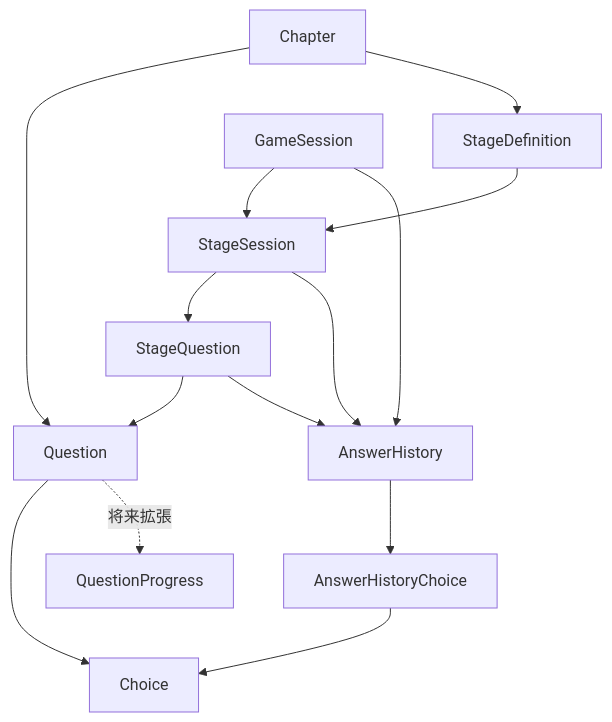
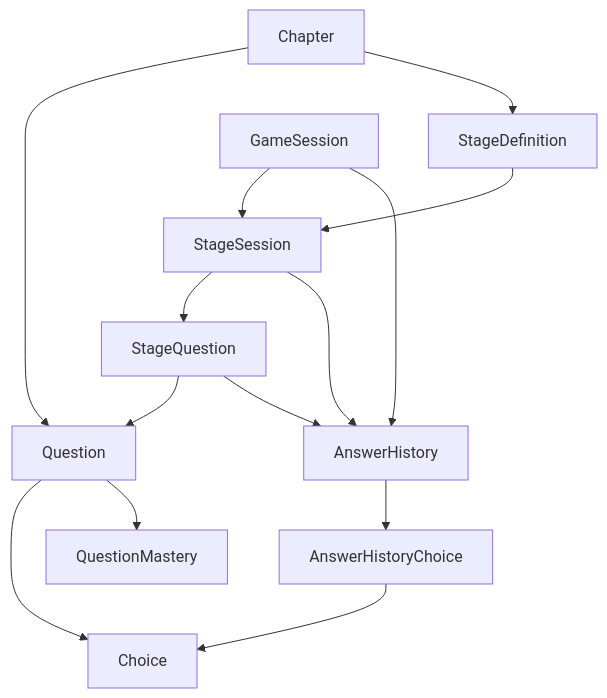
Before and after one commit to suu-dev-0203/graduation_JAVAgame: diagram 12 of 29 in README.md, drawn with Mermaid. The commit also changed other lines of this file and 25 other files, not shown here.

````diff
--- a/README.md
+++ b/README.md
@@ -661,19 +661,19 @@
 ```mermaid
 flowchart TD
     C[Chapter] --> Q[Question]
     Q --> CH[Choice]
     C --> SD[StageDefinition]
 
     GS[GameSession] --> SS[StageSession]
     SD --> SS
     SS --> SQ[StageQuestion]
     SQ --> Q
 
     GS --> AH[AnswerHistory]
     SS --> AH
     SQ --> AH
     AH --> AHC[AnswerHistoryChoice]
     AHC --> CH
 
-    Q -. 将来拡張 .-> QP[QuestionProgress]
+    Q --> QM[QuestionMastery]
 ```
````
